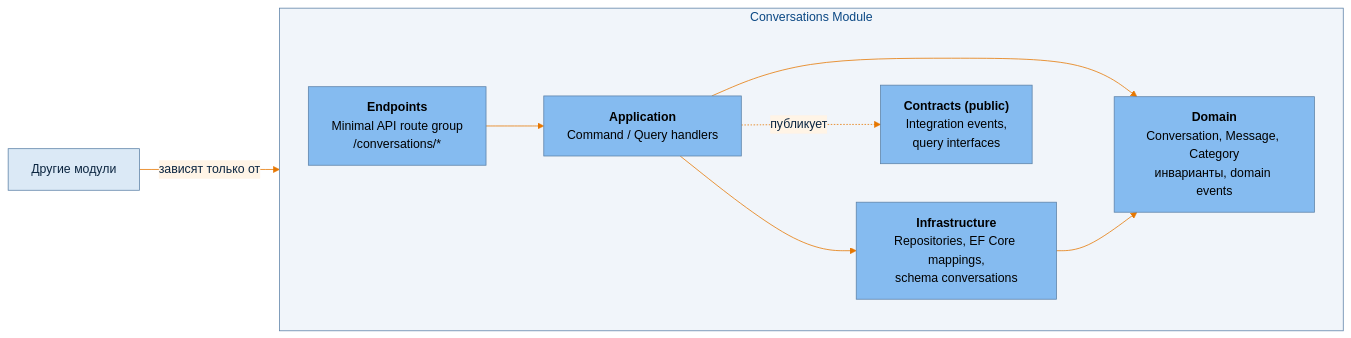
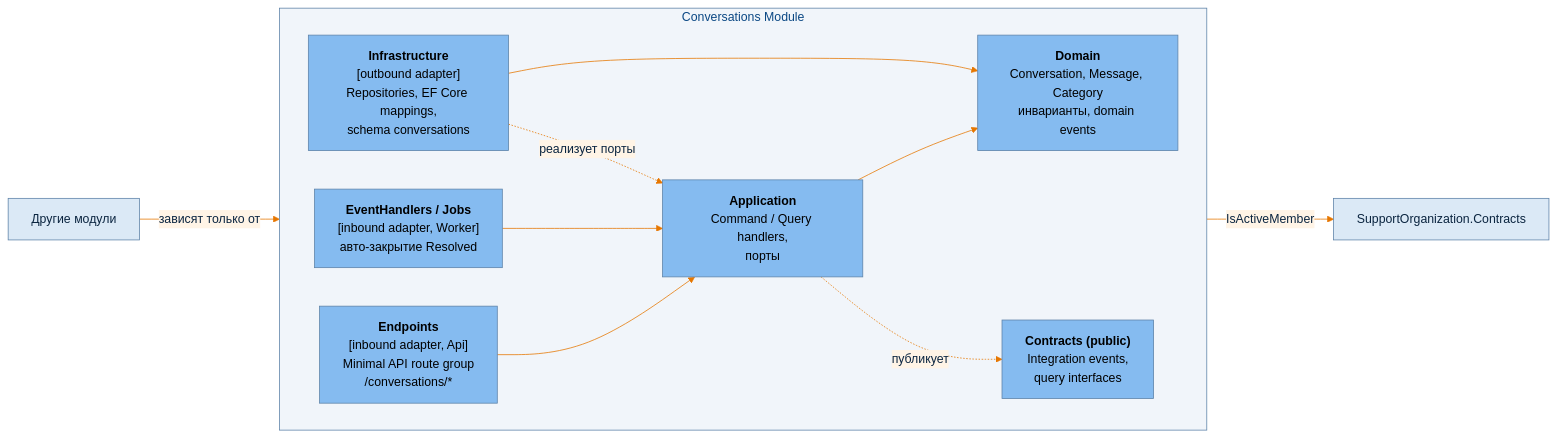
One commit to iarel/SupportFlow changed the second of 6 diagrams in docs/architecture/components.md. Above: the diagram before and after it, drawn with Mermaid. The commit also changed other lines of this file and 15 other files, not shown here.

````diff
--- a/docs/architecture/components.md
+++ b/docs/architecture/components.md
@@ -85,22 +85,27 @@
 ```mermaid
 %%{init: {"theme":"base","themeVariables":{"primaryColor":"#dbe9f6","primaryTextColor":"#0b2540","primaryBorderColor":"#5d82a8","lineColor":"#e67700","secondaryColor":"#dbe9f6","tertiaryColor":"#f1f5fa","clusterBkg":"#f1f5fa","clusterBorder":"#5d82a8","titleColor":"#0b4884","edgeLabelBackground":"#fff4e6","textColor":"#e67700","actorBkg":"#438dd5","actorTextColor":"#ffffff","actorBorder":"#2e6295","actorLineColor":"#e67700","signalColor":"#e67700","signalTextColor":"#e67700","labelBoxBkgColor":"#dbe9f6","labelBoxBorderColor":"#5d82a8","labelTextColor":"#0b2540","loopTextColor":"#e67700","noteBkgColor":"#fff4e6","noteTextColor":"#0b2540","noteBorderColor":"#e67700","activationBkgColor":"#dbe9f6","attributeBackgroundColorOdd":"#ffffff","attributeBackgroundColorEven":"#f1f5fa"}}}%%
 flowchart LR
     subgraph convm["Conversations Module"]
         direction LR
-        ep["<b>Endpoints</b><br/>Minimal API route group<br/>/conversations/*"]
-        app["<b>Application</b><br/>Command / Query handlers"]
+        ep["<b>Endpoints</b><br/>[inbound adapter, Api]<br/>Minimal API route group<br/>/conversations/*"]
+        eh["<b>EventHandlers / Jobs</b><br/>[inbound adapter, Worker]<br/>авто-закрытие Resolved"]
+        app["<b>Application</b><br/>Command / Query handlers,<br/>порты"]
         dom["<b>Domain</b><br/>Conversation, Message, Category<br/>инварианты, domain events"]
-        infra["<b>Infrastructure</b><br/>Repositories, EF Core mappings,<br/>schema conversations"]
+        infra["<b>Infrastructure</b><br/>[outbound adapter]<br/>Repositories, EF Core mappings,<br/>schema conversations"]
         contract["<b>Contracts (public)</b><br/>Integration events,<br/>query interfaces"]
     end
     other["Другие модули"]
+    orgc["SupportOrganization.Contracts"]
 
-    ep --> app --> dom
-    app --> infra
+    ep --> app
+    eh --> app
+    app --> dom
+    infra -. "реализует порты" .-> app
     infra --> dom
+    app -- "IsActiveMember" --> orgc
     app -. "публикует" .-> contract
     other -- "зависят только от" --> contract
 
     classDef component fill:#85bbf0,stroke:#5d82a8,color:#000
-    class ep,app,dom,infra,contract component
+    class ep,eh,app,dom,infra,contract component
 ```
````
